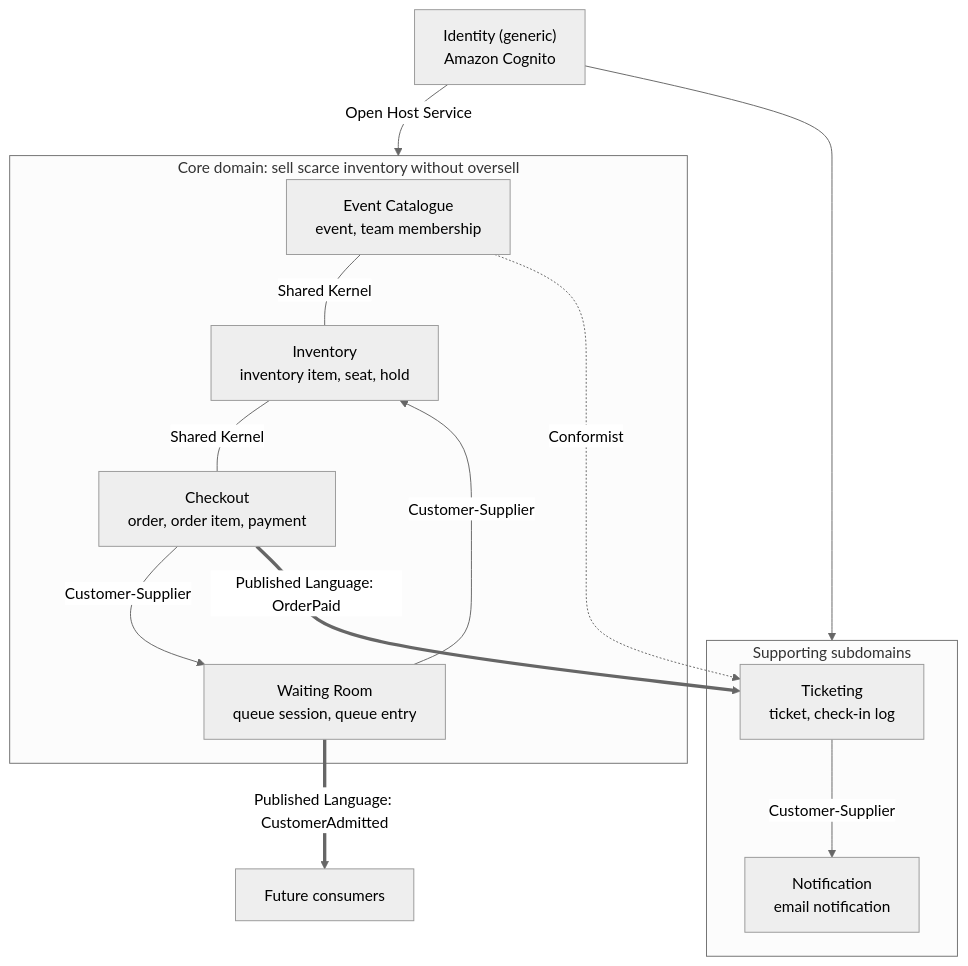
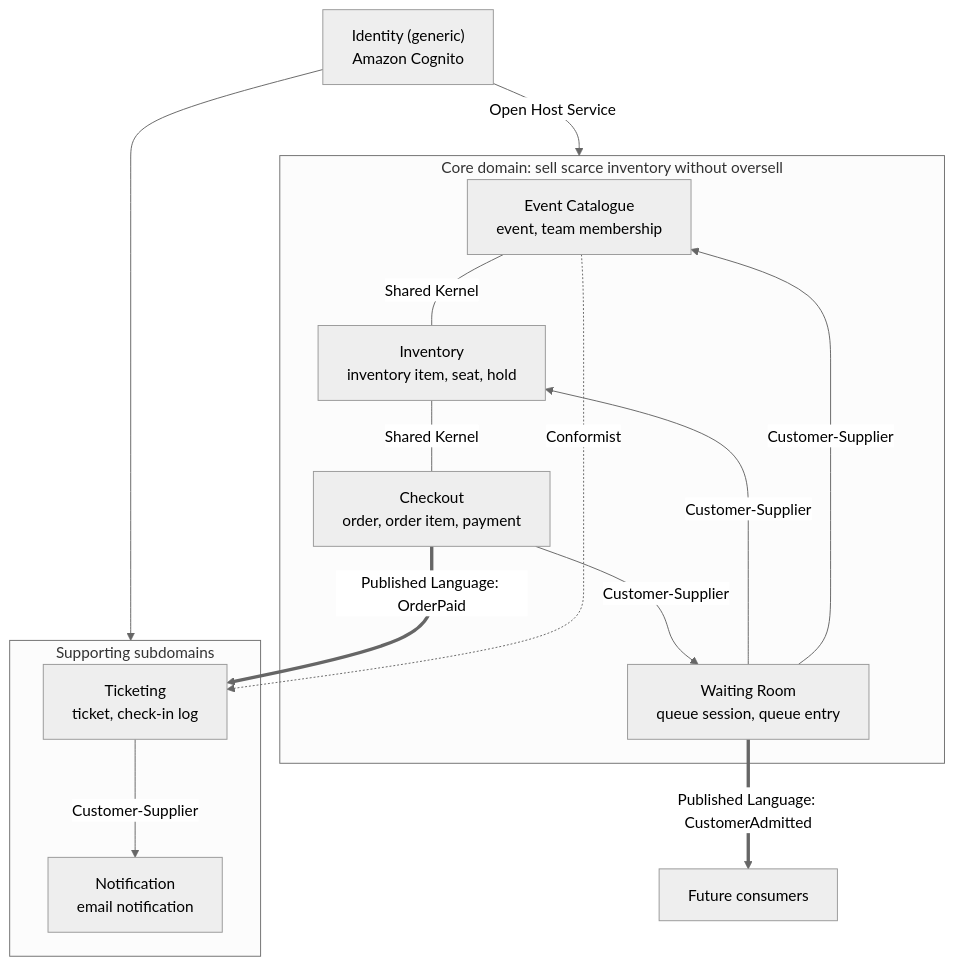
The diagram in diagrams/src/05-context-map.mmd (nus-mtech-grp1-sem2/docs), drawn with Mermaid (neutral theme) before and after one commit. The commit also changed 37 other files, not shown here.

```diff
--- a/diagrams/src/05-context-map.mmd
+++ b/diagrams/src/05-context-map.mmd
@@ -1,28 +1,29 @@
 %% Figure: Context map. Bounded contexts and their relationships (as built). Details in the table that follows the figure.
 flowchart TB
     IAM["Identity (generic)<br/>Amazon Cognito"]
 
     subgraph Core["Core domain: sell scarce inventory without oversell"]
         CAT["Event Catalogue<br/>event, team membership"]
         INV["Inventory<br/>inventory item, seat, hold"]
         CHK["Checkout<br/>order, order item, payment"]
         WR["Waiting Room<br/>queue session, queue entry"]
         CAT ---|Shared Kernel| INV
         INV ---|Shared Kernel| CHK
         WR -->|Customer-Supplier| INV
+        WR -->|Customer-Supplier| CAT
         CHK -->|Customer-Supplier| WR
     end
 
     subgraph Supporting["Supporting subdomains"]
         TKT["Ticketing<br/>ticket, check-in log"]
         NTF["Notification<br/>email notification"]
         TKT -->|Customer-Supplier| NTF
     end
 
     FUT["Future consumers"]
 
     IAM -->|Open Host Service| Core
     IAM --> Supporting
     CHK ==>|"Published Language: OrderPaid"| TKT
     WR ==>|"Published Language: CustomerAdmitted"| FUT
     CAT -.->|Conformist| TKT
```
